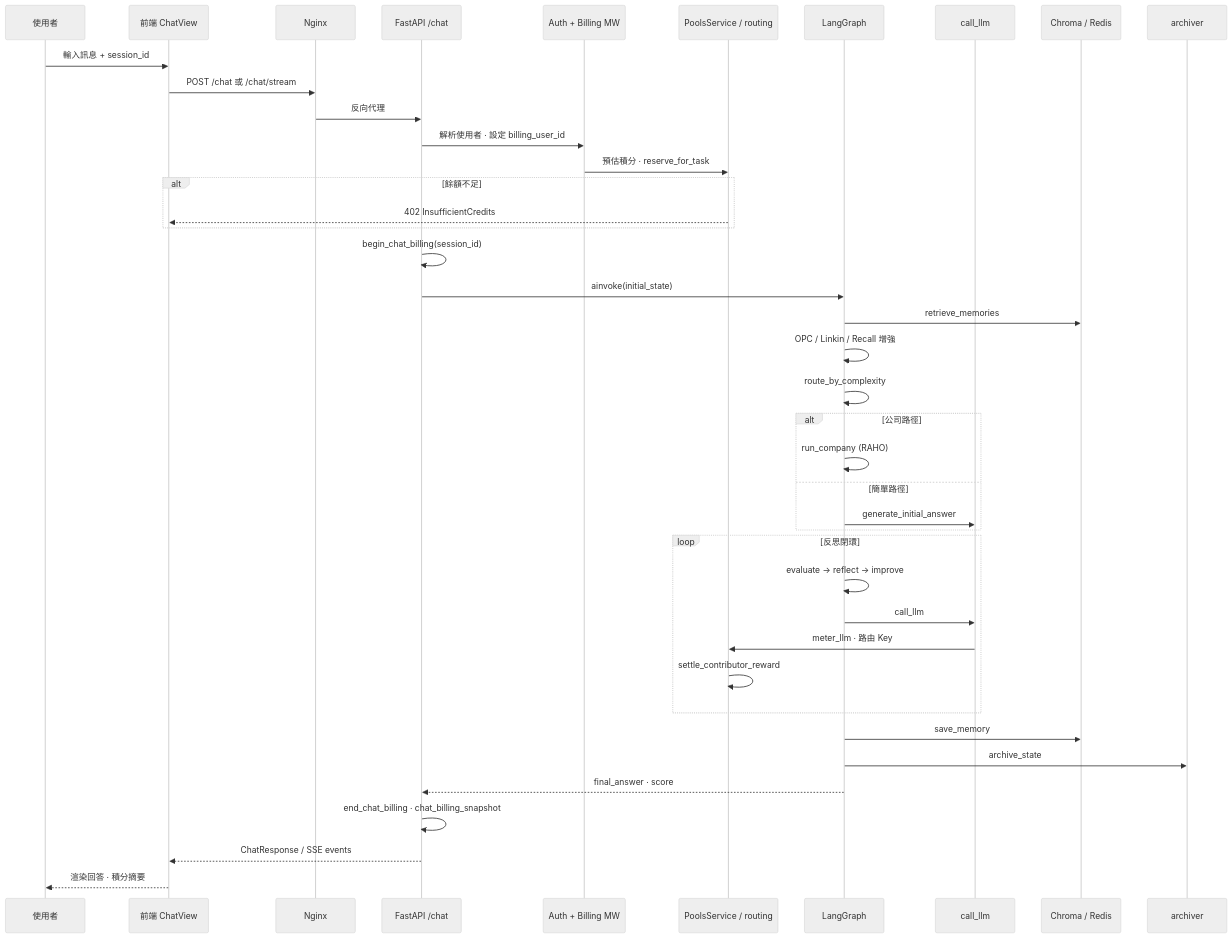
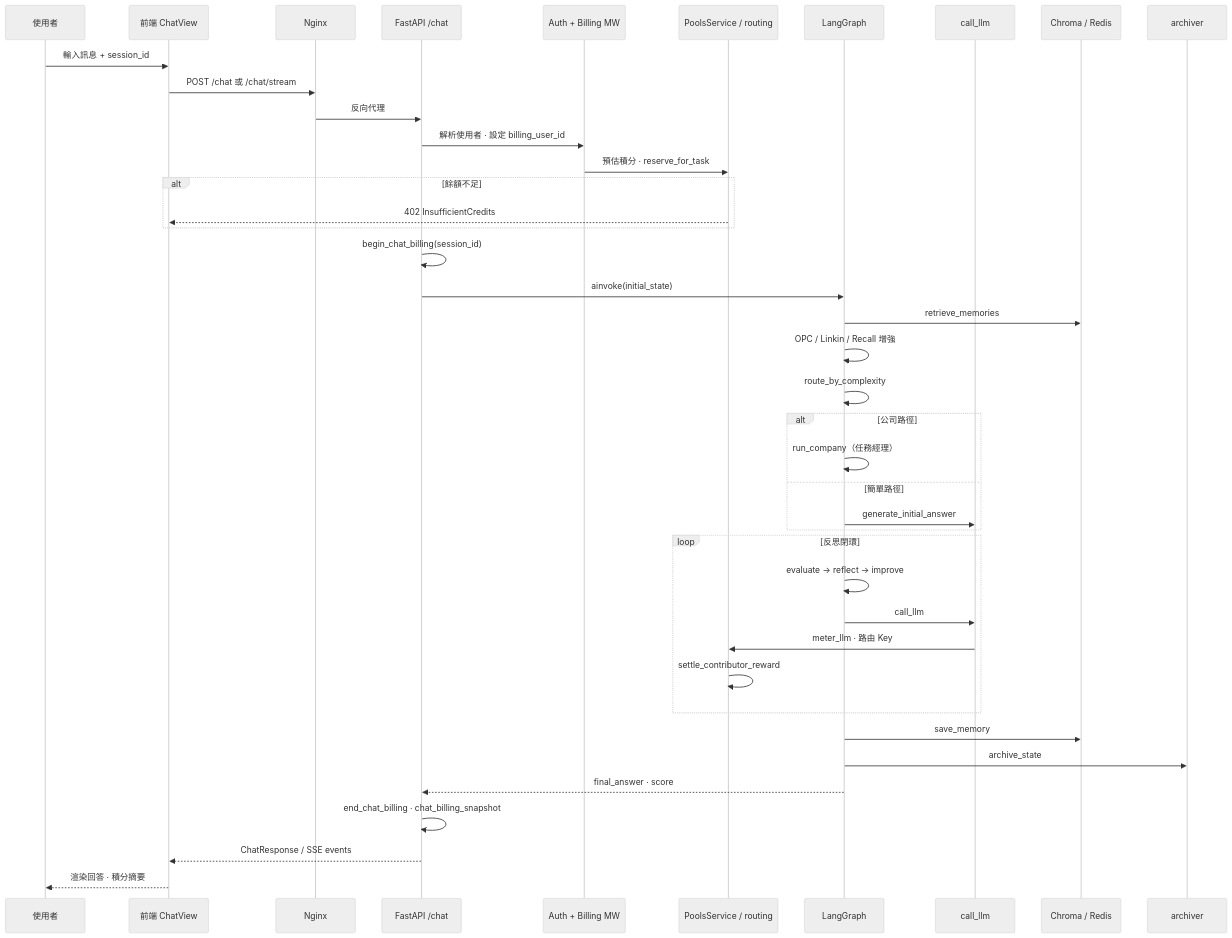
The eighth of 10 diagrams in docs/architecture/system-architecture-2026-09.md (iiooiioo888/Linkin), drawn with Mermaid (neutral theme) before and after one commit. The commit also changed other lines of this file and 84 other files, not shown here.

````diff
--- a/docs/architecture/system-architecture-2026-09.md
+++ b/docs/architecture/system-architecture-2026-09.md
@@ -341,44 +320,44 @@
 ```mermaid
 sequenceDiagram
     participant U as 使用者
     participant FE as 前端 ChatView
     participant NG as Nginx
     participant API as FastAPI /chat
     participant AUTH as Auth + Billing MW
     participant POOL as PoolsService / routing
     participant G as LangGraph
     participant LLM as call_llm
     participant MEM as Chroma / Redis
     participant ARCH as archiver
 
     U->>FE: 輸入訊息 + session_id
     FE->>NG: POST /chat 或 /chat/stream
     NG->>API: 反向代理
     API->>AUTH: 解析使用者 · 設定 billing_user_id
     AUTH->>POOL: 預估積分 · reserve_for_task
     alt 餘額不足
         POOL-->>FE: 402 InsufficientCredits
     end
     API->>API: begin_chat_billing(session_id)
     API->>G: ainvoke(initial_state)
     G->>MEM: retrieve_memories
     G->>G: OPC / Linkin / Recall 增強
     G->>G: route_by_complexity
     alt 公司路徑
-        G->>G: run_company (RAHO)
+        G->>G: run_company（任務經理）
     else 簡單路徑
         G->>LLM: generate_initial_answer
     end
     loop 反思閉環
         G->>G: evaluate → reflect → improve
         G->>LLM: call_llm
         LLM->>POOL: meter_llm · 路由 Key
         POOL->>POOL: settle_contributor_reward
     end
     G->>MEM: save_memory
     G->>ARCH: archive_state
     G-->>API: final_answer · score
     API->>API: end_chat_billing · chat_billing_snapshot
     API-->>FE: ChatResponse / SSE events
     FE-->>U: 渲染回答 · 積分摘要
 ```
````
